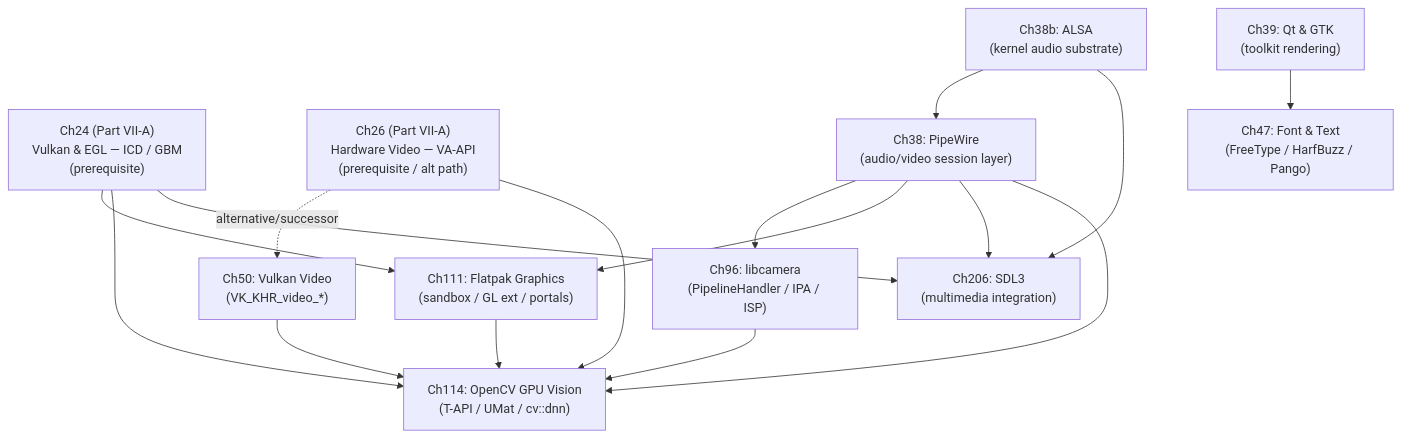
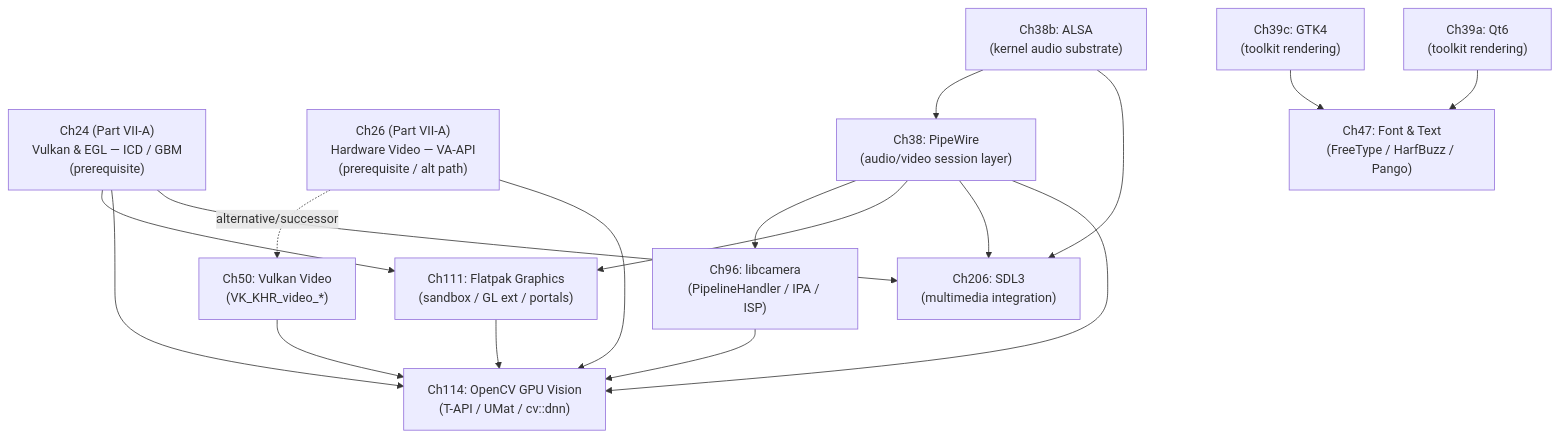
Before and after one commit to jreuben11/linux-graphics-stack-book: the diagram in chapters/part-07b-multimedia-frameworks/part-intro.md, drawn with Mermaid. The commit also changed other lines of this file and 15 other files, not shown here.

First line of the commit message:
restructure: absorb ch39-qt-gtk-rendering into Part VII-C; add ch39i comparisons chapter

````diff
--- a/chapters/part-07b-multimedia-frameworks/part-intro.md
+++ b/chapters/part-07b-multimedia-frameworks/part-intro.md
@@ -85,31 +85,33 @@
 ```mermaid
 graph TD
     Ch24VIIA["Ch24 (Part VII-A)\nVulkan & EGL — ICD / GBM\n(prerequisite)"]
     Ch26VIIA["Ch26 (Part VII-A)\nHardware Video — VA-API\n(prerequisite / alt path)"]
 
     Ch38b["Ch38b: ALSA\n(kernel audio substrate)"]
     Ch38["Ch38: PipeWire\n(audio/video session layer)"]
-    Ch39["Ch39: Qt & GTK\n(toolkit rendering)"]
+    Ch39c["Ch39c: GTK4\n(toolkit rendering)"]
+    Ch39a["Ch39a: Qt6\n(toolkit rendering)"]
     Ch47["Ch47: Font & Text\n(FreeType / HarfBuzz / Pango)"]
     Ch50["Ch50: Vulkan Video\n(VK_KHR_video_*)"]
     Ch96["Ch96: libcamera\n(PipelineHandler / IPA / ISP)"]
     Ch111["Ch111: Flatpak Graphics\n(sandbox / GL ext / portals)"]
     Ch114["Ch114: OpenCV GPU Vision\n(T-API / UMat / cv::dnn)"]
     Ch206["Ch206: SDL3\n(multimedia integration)"]
 
     Ch38b --> Ch38
     Ch38b --> Ch206
     Ch38 --> Ch96
     Ch38 --> Ch111
     Ch38 --> Ch206
-    Ch39 --> Ch47
+    Ch39c --> Ch47
+    Ch39a --> Ch47
     Ch26VIIA -.alternative/successor.-> Ch50
     Ch24VIIA --> Ch111
     Ch24VIIA --> Ch114
     Ch24VIIA --> Ch206
     Ch38 --> Ch114
     Ch96 --> Ch114
     Ch50 --> Ch114
     Ch111 --> Ch114
     Ch26VIIA --> Ch114
 ```
````
